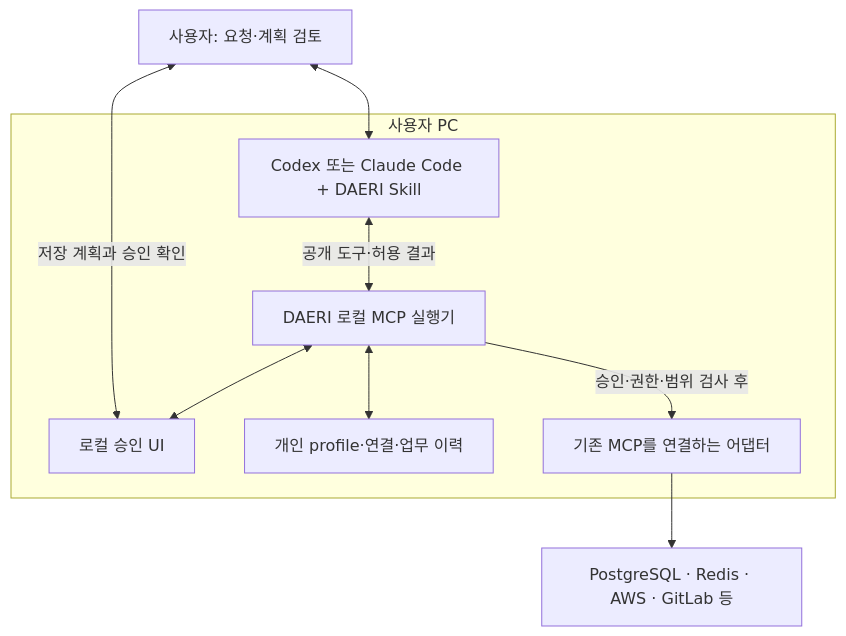
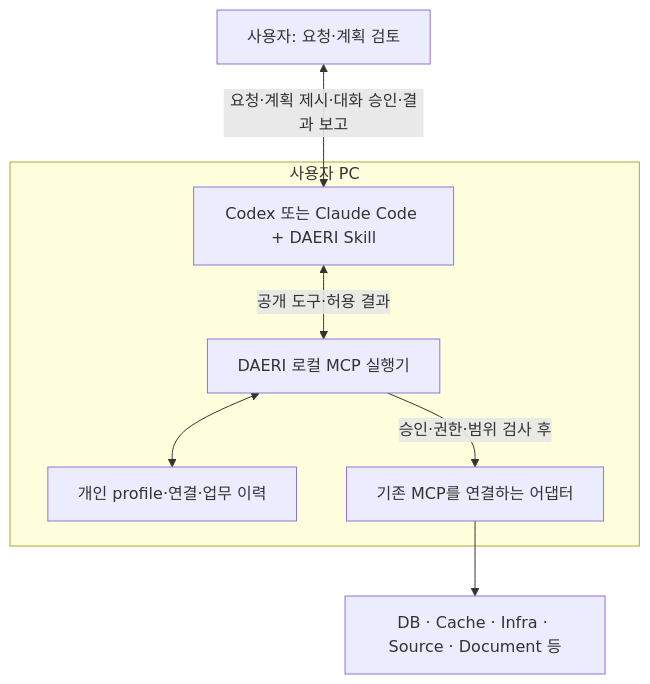
Before and after one commit to VVoodyHong/DAERI: the diagram in docs/architecture/overview.md, drawn with Mermaid. The commit also changed other lines of this file and 17 other files, not shown here.

````diff
--- a/docs/architecture/overview.md
+++ b/docs/architecture/overview.md
@@ -14,18 +14,15 @@
 ```mermaid
 flowchart TB
     U[사용자: 요청·계획 검토]
     subgraph PC[사용자 PC]
         H[Codex 또는 Claude Code + DAERI Skill]
         D[DAERI 로컬 MCP 실행기]
-        V[로컬 승인 UI]
         S[개인 profile·연결·업무 이력]
         A[기존 MCP를 연결하는 어댑터]
         H <-->|공개 도구·허용 결과| D
-        D <--> V
         D <--> S
         D -->|승인·권한·범위 검사 후| A
     end
-    U <--> H
-    U <-->|저장 계획과 승인 확인| V
-    A --> R[PostgreSQL · Redis · AWS · GitLab 등]
+    U <-->|요청·계획 제시·대화 승인·결과 보고| H
+    A --> R[DB · Cache · Infra · Source · Document 등]
 ```
````
